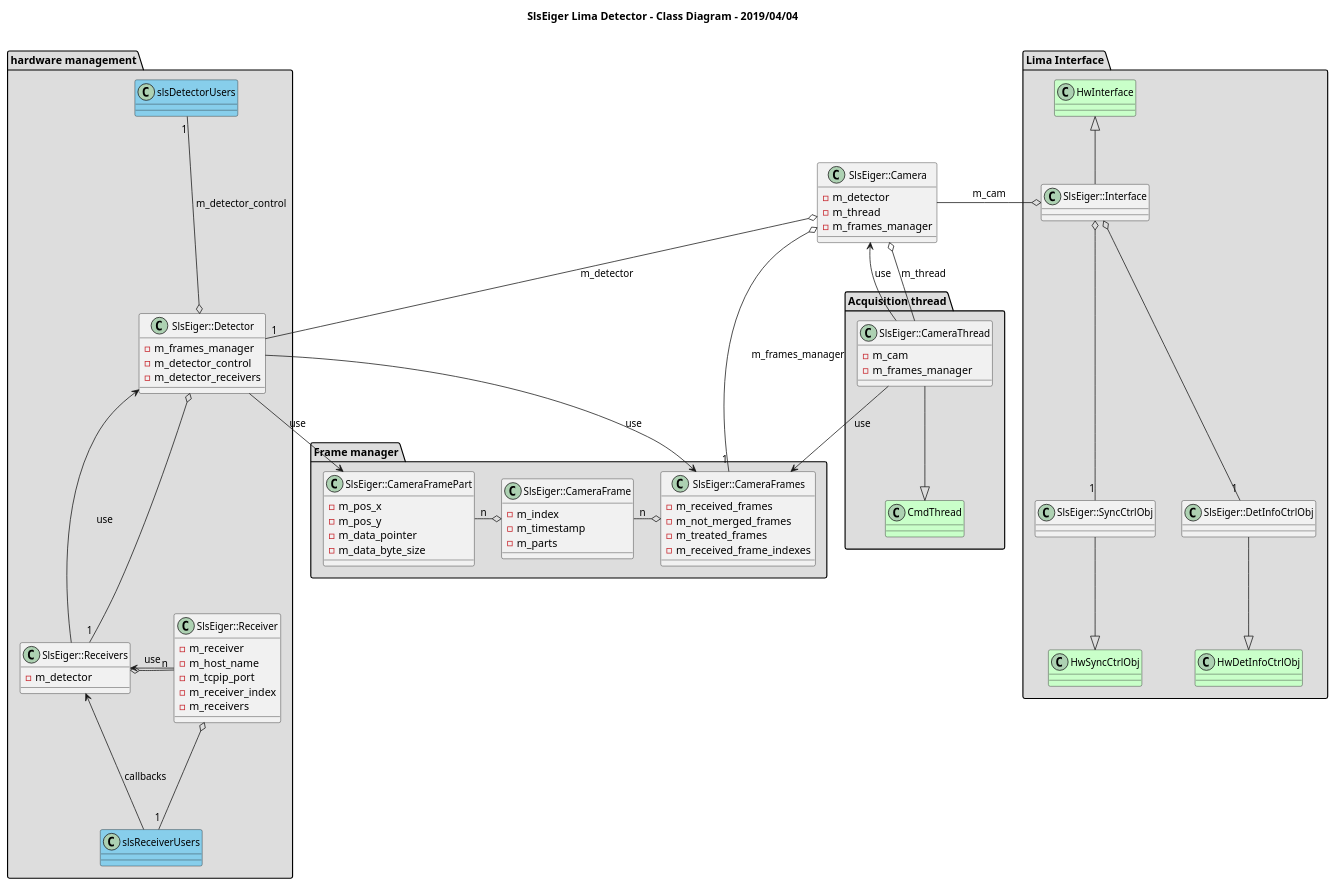
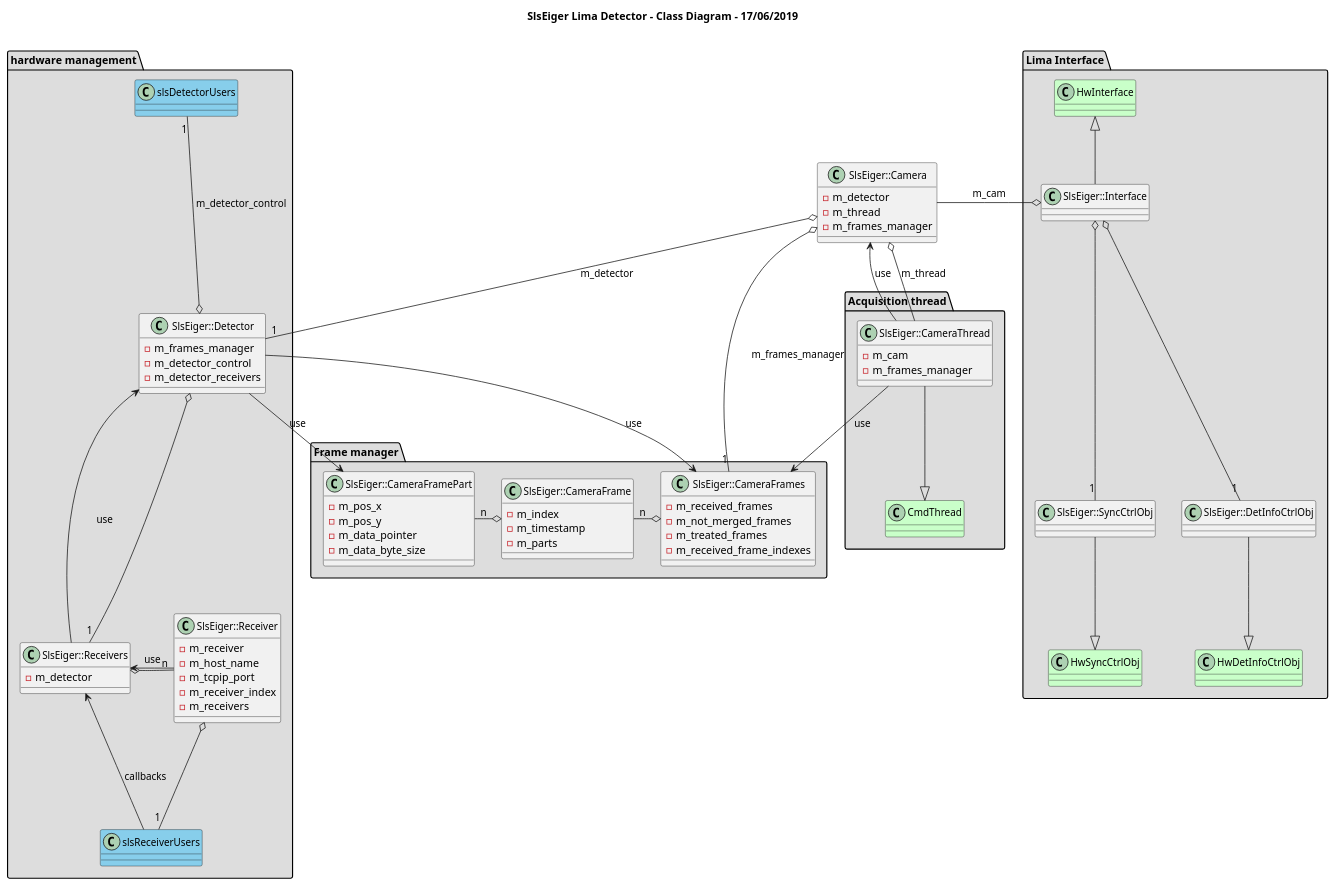
Before and after one commit to soleil-ica/Lima-camera-slseiger: the diagram in uml/class diagram.plantuml, drawn with PlantUML. The commit also changed 5 other files, not shown here.

Commit message:
- added uml sequence diagrams

```diff
--- a/uml/class diagram.plantuml
+++ b/uml/class diagram.plantuml
@@ -1,141 +1,141 @@
 @startuml
 
-title <b>SlsEiger Lima Detector - Class Diagram - 2019/04/04</b>\n 
+title <b>SlsEiger Lima Detector - Class Diagram - 17/06/2019</b>\n 
 
 skinparam classFontSize 13
 
 '----------------------------------------------------------------------------
 package "Lima Interface" #DDDDDD {
 
 class HwInterface #TECHNOLOGY {
 }
-
+ 
 class SlsEiger::Interface {
 }
 
 class HwDetInfoCtrlObj #TECHNOLOGY {
 }
 
 class HwSyncCtrlObj #TECHNOLOGY {
 }
 
 class SlsEiger::SyncCtrlObj {
 }
 
 class SlsEiger::DetInfoCtrlObj {
 }
 
 HwInterface <|-- SlsEiger::Interface
 
 HwSyncCtrlObj    <|--up SlsEiger::SyncCtrlObj
 HwDetInfoCtrlObj <|--up SlsEiger::DetInfoCtrlObj
 
 SlsEiger::Interface o--- "1"  SlsEiger::DetInfoCtrlObj
 SlsEiger::Interface o--- "1"  SlsEiger::SyncCtrlObj
 }
 
 '----------------------------------------------------------------------------
 class SlsEiger::Camera {
   -m_detector
   -m_thread
   -m_frames_manager
 }
 
 '----------------------------------------------------------------------------
 package "hardware management" #DDDDDD { 
 
 
 class SlsEiger::Detector {
  -m_frames_manager
  -m_detector_control
  -m_detector_receivers
 }
 
 class slsDetectorUsers #SkyBlue { 
 }
 
 class SlsEiger::Receivers { 
  -m_detector
 }
 
 class SlsEiger::Receiver {
  -m_receiver
  -m_host_name
  -m_tcpip_port
  -m_receiver_index
  -m_receivers
 }
 
 class slsReceiverUsers #SkyBlue {
 }
 
 SlsEiger::Camera o--right- "1" SlsEiger::Detector : m_detector
 SlsEiger::Interface o--left- SlsEiger::Camera : m_cam
 
 SlsEiger::Detector o--up- "1" slsDetectorUsers : "m_detector_control "
 SlsEiger::Receiver o--- "1" slsReceiverUsers
 SlsEiger::Receivers o--right- "n" SlsEiger::Receiver
 SlsEiger::Receiver --> SlsEiger::Receivers : use
 SlsEiger::Detector o--- "1" SlsEiger::Receivers
 SlsEiger::Receivers --> SlsEiger::Detector : use
 slsReceiverUsers --> SlsEiger::Receivers : callbacks
 }
 
 '----------------------------------------------------------------------------
 package "Frame manager" #DDDDDD {
 
 class SlsEiger::CameraFrames {
  -m_received_frames
  -m_not_merged_frames
  -m_treated_frames
  -m_received_frame_indexes
 }
 
 class SlsEiger::CameraFrame {
  -m_index        
  -m_timestamp
  -m_parts
 }
 
 class SlsEiger::CameraFramePart {
  -m_pos_x
  -m_pos_y        
  -m_data_pointer
  -m_data_byte_size
 }
 
 SlsEiger::CameraFrames o--left- "n" SlsEiger::CameraFrame
 
 SlsEiger::CameraFrame o--left- "n" SlsEiger::CameraFramePart
 
 SlsEiger::Camera o--- "1" SlsEiger::CameraFrames : "m_frames_manager"
 
 SlsEiger::Detector --> SlsEiger::CameraFrames : use
 
 SlsEiger::Detector --> SlsEiger::CameraFramePart : use
 
 }
 
 '----------------------------------------------------------------------------
 '----------------------------------------------------------------------------
 package "Acquisition thread" #DDDDDD {
 
 class SlsEiger::CameraThread {
  -m_cam
  -m_frames_manager
 }
 
 class CmdThread #TECHNOLOGY {
 }
 
 CmdThread <|--up SlsEiger::CameraThread
 SlsEiger::Camera o-- SlsEiger::CameraThread : m_thread
 SlsEiger::CameraThread --> SlsEiger::Camera : use
 SlsEiger::CameraThread --> SlsEiger::CameraFrames : use
 }
 
 
 
 
 
 @enduml
```
